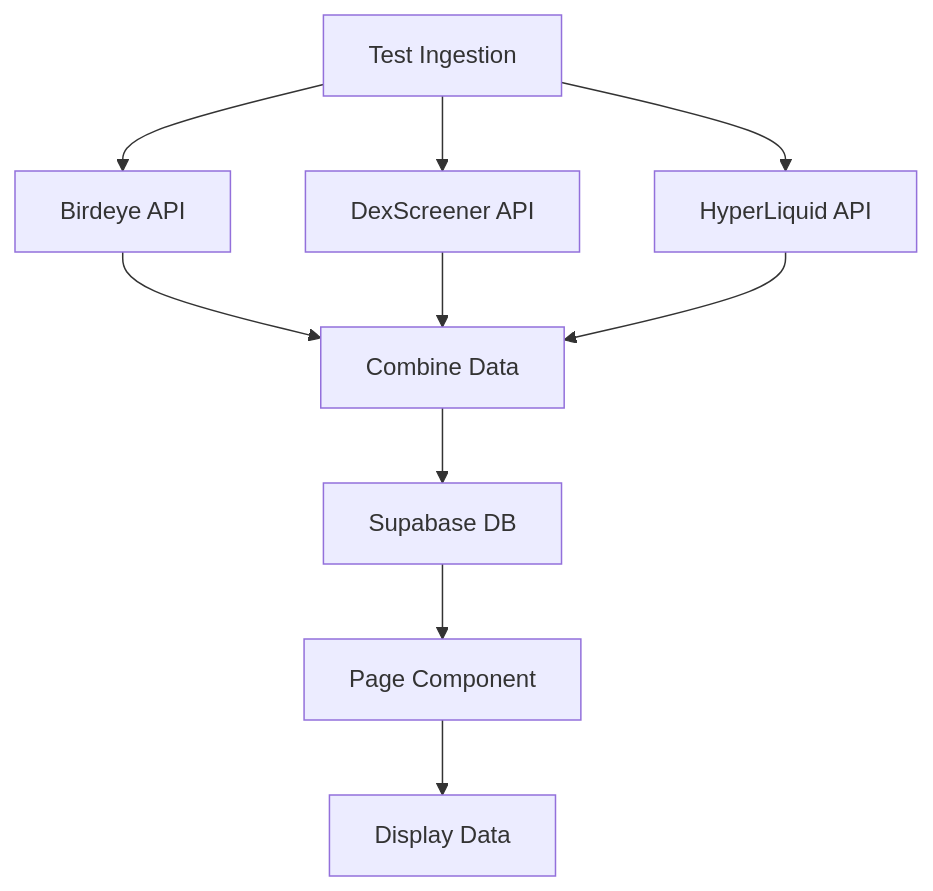
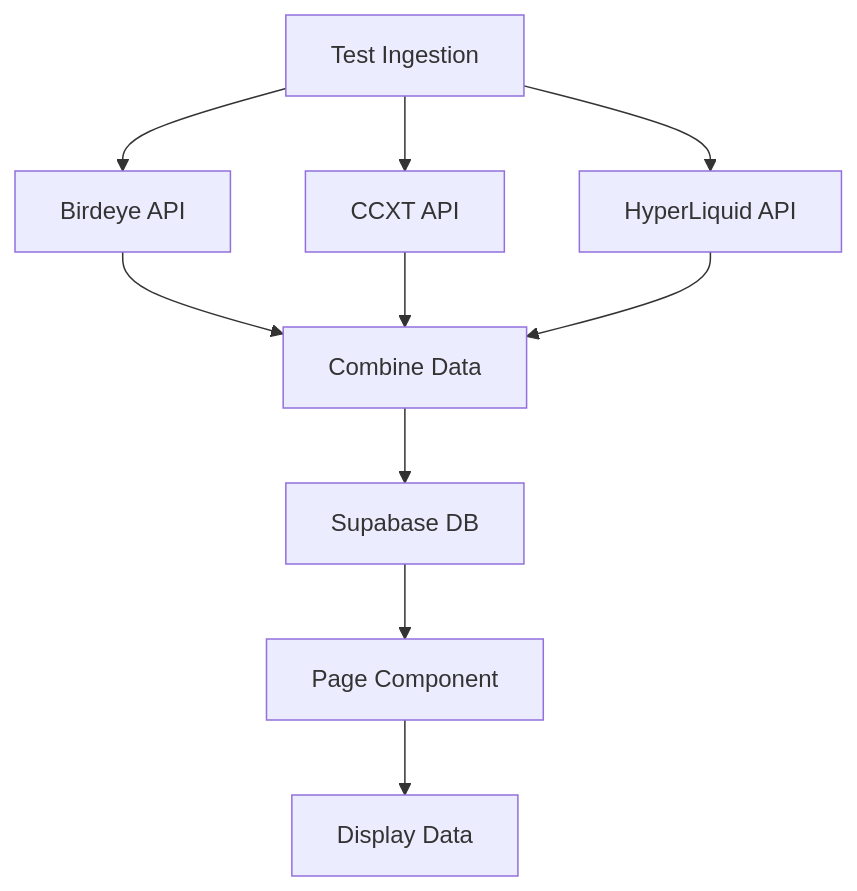
The second of 2 diagrams in README.md (npcgroup/apinpc), drawn with Mermaid before and after one commit.

````diff
--- a/README.md
+++ b/README.md
@@ -123,12 +123,12 @@
 ```mermaid
 
 graph TD
     A[Test Ingestion] --> B1[Birdeye API]
-    A --> B2[DexScreener API]
+    A --> B2[CCXT API]
     A --> B3[HyperLiquid API]
     B1 & B2 & B3 --> C[Combine Data]
     C --> D[Supabase DB]
     D --> E[Page Component]
     E --> F[Display Data]
 
 ```
````
